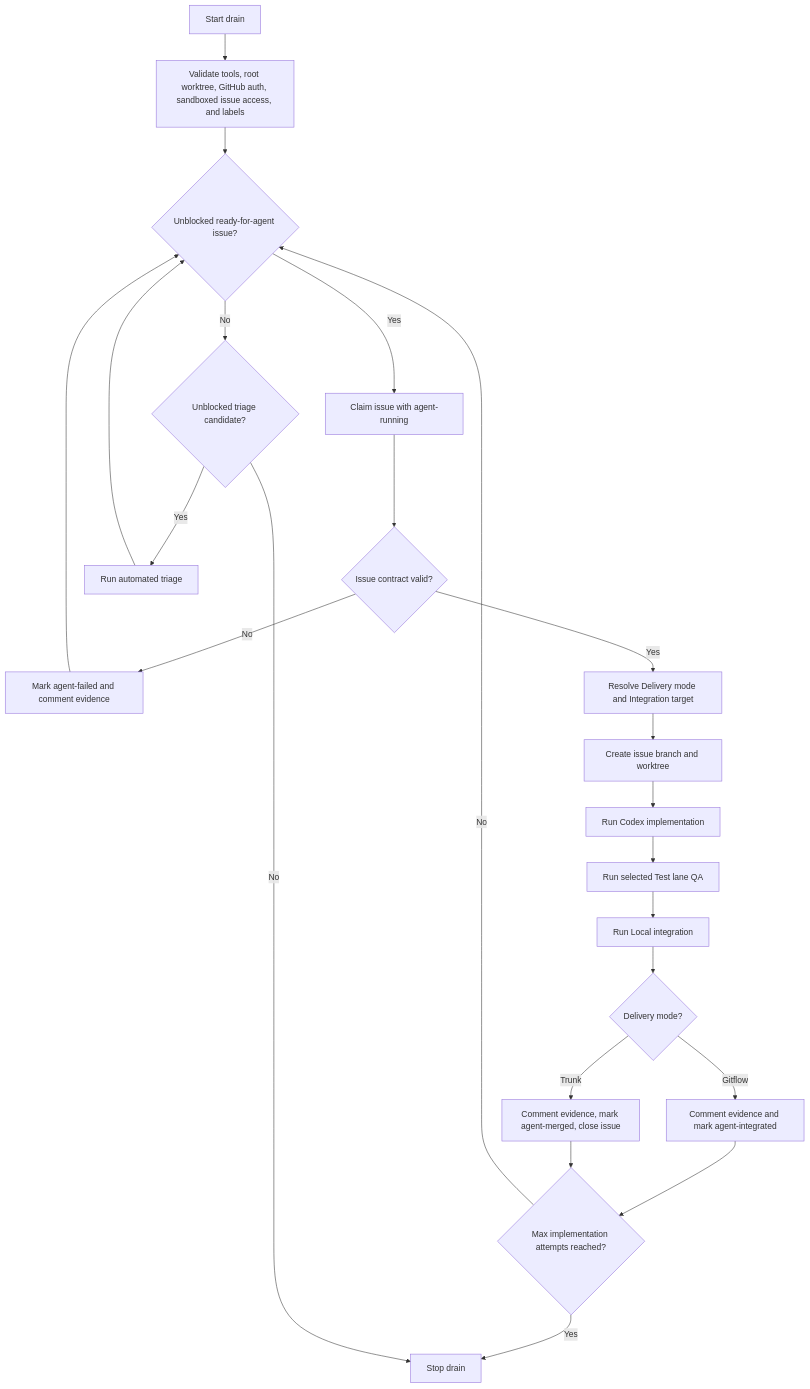
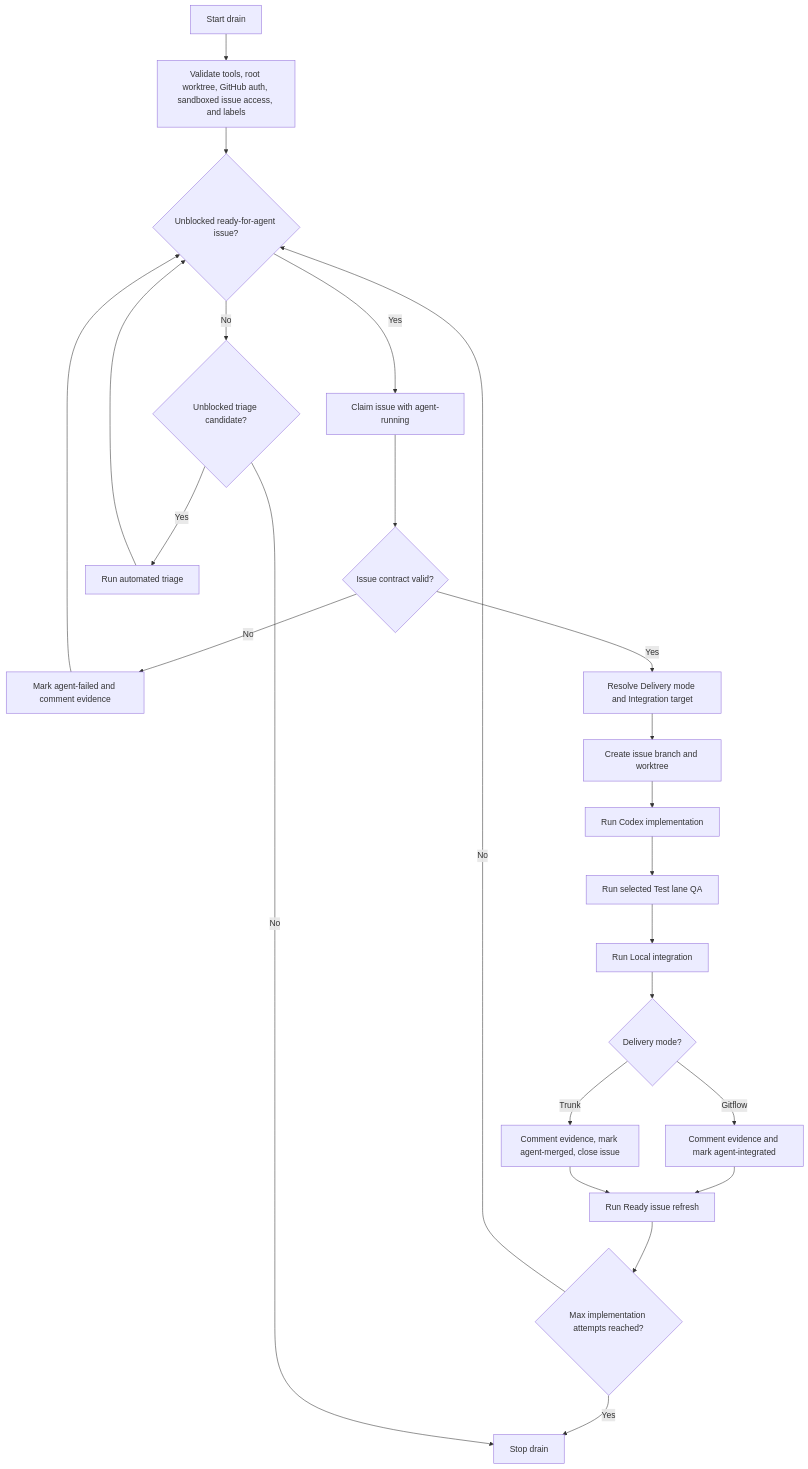
The first of 2 diagrams in docs/agents/ralph-loop.md (Chr1sC0de/energy-market-delta-lake), drawn with Mermaid before and after one commit. The commit also changed other lines of this file and 13 other files, not shown here.

Commit message:
Implement issue #68: Define Ready issue refresh contract

````diff
--- a/docs/agents/ralph-loop.md
+++ b/docs/agents/ralph-loop.md
@@ -60,25 +61,26 @@
 ```mermaid
 flowchart TD
   START[Start drain] --> PREFLIGHT[Validate tools, root worktree, GitHub auth, sandboxed issue access, and labels]
   PREFLIGHT --> READY{Unblocked ready-for-agent issue?}
   READY -->|Yes| CLAIM[Claim issue with agent-running]
   CLAIM --> CONTRACT{Issue contract valid?}
   CONTRACT -->|No| FAIL[Mark agent-failed and comment evidence]
   CONTRACT -->|Yes| MODE[Resolve Delivery mode and Integration target]
   MODE --> WORKTREE[Create issue branch and worktree]
   WORKTREE --> CODEX[Run Codex implementation]
   CODEX --> QA[Run selected Test lane QA]
   QA --> INTEGRATE[Run Local integration]
   INTEGRATE --> DONE{Delivery mode?}
   DONE -->|Gitflow| STAGE[Comment evidence and mark agent-integrated]
   DONE -->|Trunk| CLOSE[Comment evidence, mark agent-merged, close issue]
-  STAGE --> LIMIT{Max implementation attempts reached?}
-  CLOSE --> LIMIT
+  STAGE --> REFRESH[Run Ready issue refresh]
+  CLOSE --> REFRESH
+  REFRESH --> LIMIT{Max implementation attempts reached?}
   LIMIT -->|No| READY
   LIMIT -->|Yes| STOP[Stop drain]
   READY -->|No| TRIAGE{Unblocked triage candidate?}
   TRIAGE -->|Yes| TRIAGEPASS[Run automated triage]
   TRIAGEPASS --> READY
   TRIAGE -->|No| STOP
   FAIL --> READY
 ```
````
